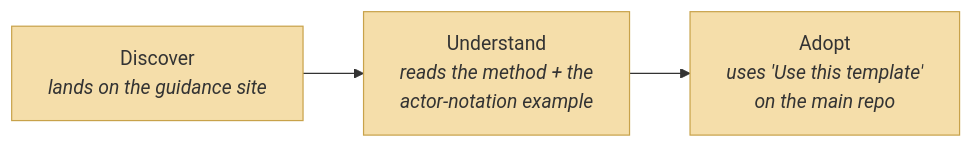
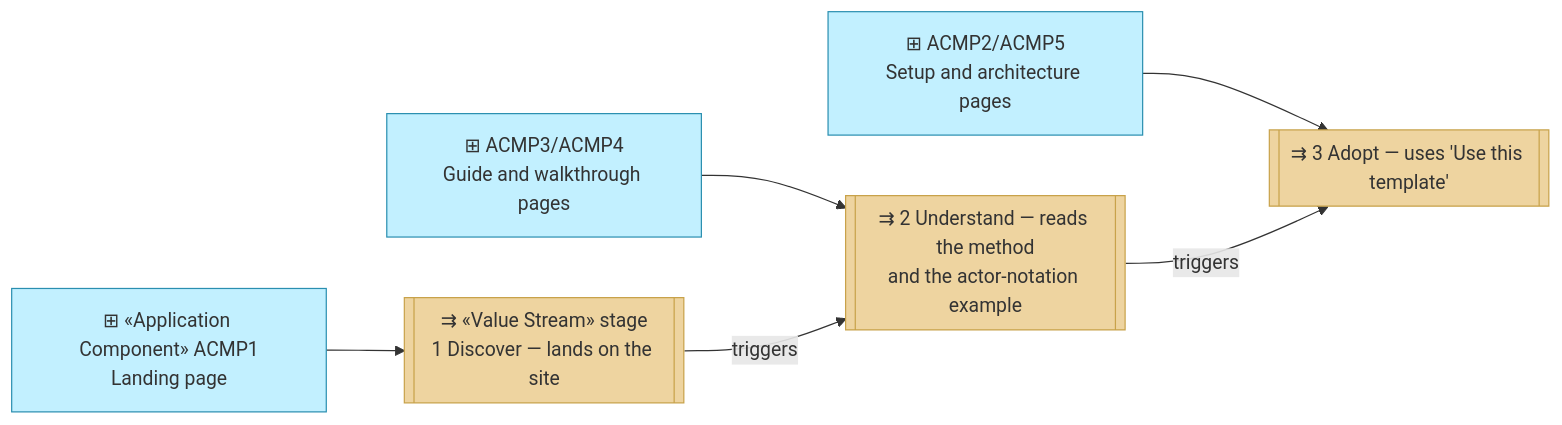
One commit to roanboc/architecture-archreator changed the second of 2 diagrams in site/docs/ea/1_strategy/3_value-stream.md. Above: the diagram before and after it, drawn with Mermaid. The commit also changed other lines of this file and 15 other files, not shown here.

````diff
--- a/site/docs/ea/1_strategy/3_value-stream.md
+++ b/site/docs/ea/1_strategy/3_value-stream.md
@@ -9,10 +31,20 @@
 ```mermaid
 flowchart LR
-  discover["Discover<br><i>lands on the guidance site</i>"]:::strategy
-  understand["Understand<br><i>reads the method + the<br>actor-notation example</i>"]:::strategy
-  adopt["Adopt<br><i>uses 'Use this template'<br>on the main repo</i>"]:::strategy
+  s1[["⇉ «Value Stream» stage<br>1 Discover — lands on the site"]]:::stage
+  s2[["⇉ 2 Understand — reads the method<br>and the actor-notation example"]]:::stage
+  s3[["⇉ 3 Adopt — uses 'Use this template'"]]:::stage
 
-  discover --> understand --> adopt
+  acmp1["⊞ «Application Component» ACMP1<br>Landing page"]:::component
+  acmp3["⊞ ACMP3/ACMP4<br>Guide and walkthrough pages"]:::component
+  acmp2["⊞ ACMP2/ACMP5<br>Setup and architecture pages"]:::component
 
-  classDef strategy fill:#f5deaa,stroke:#c8a24a,color:#333
+  acmp1 --> s1
+  acmp3 --> s2
+  acmp2 --> s3
+
+  s1 -->|triggers| s2
+  s2 -->|triggers| s3
+
+  classDef stage fill:#eed4a0,stroke:#c8a24a,color:#333
+  classDef component fill:#c2f0ff,stroke:#2a8fb0,color:#333
 ```
````
